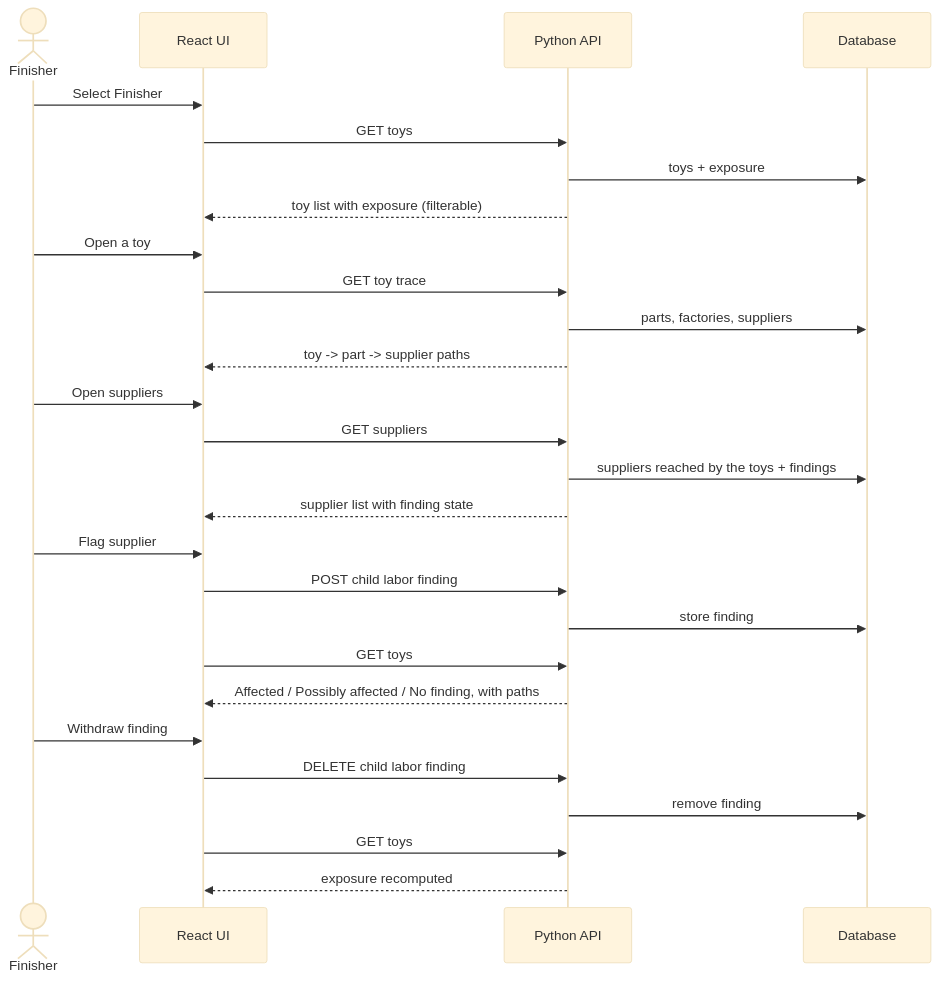
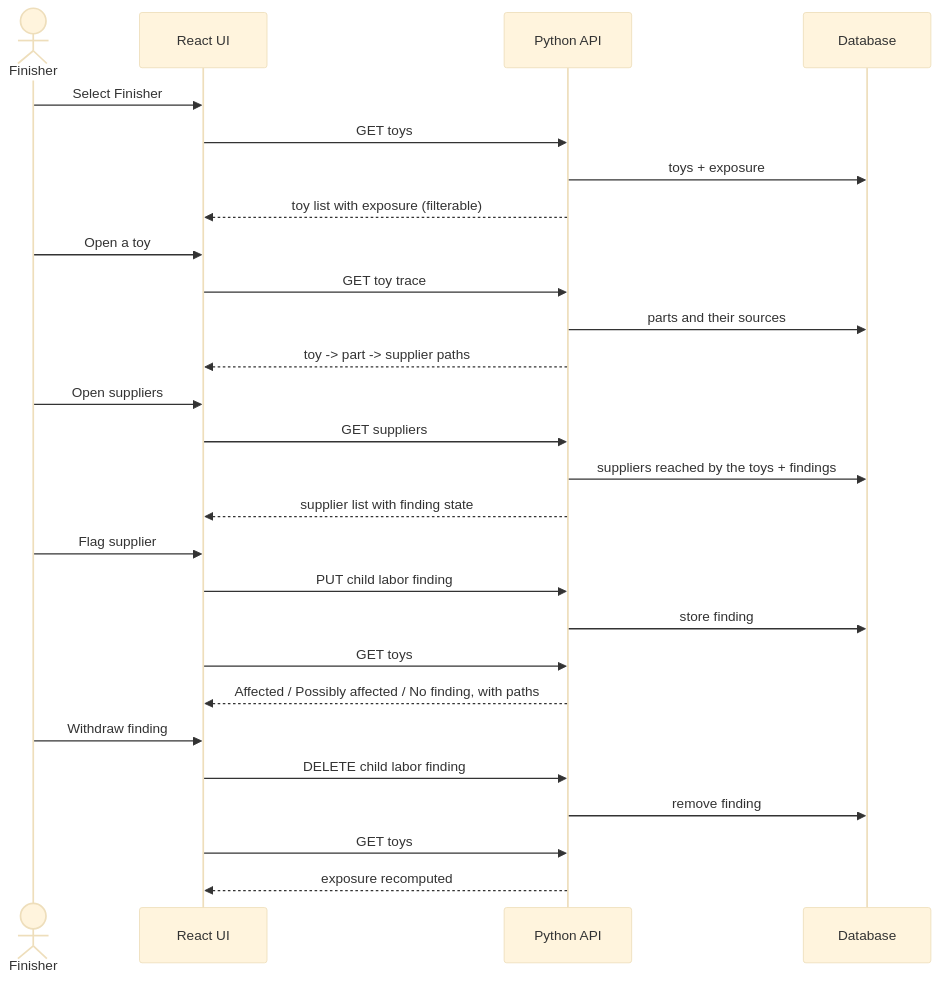
One commit to take-home-tract/FairToy changed the second of 4 diagrams in docs/design.md. Above: the diagram before and after it, drawn with Mermaid (base theme). The commit also changed other lines of this file and 5 other files, not shown here.

````diff
--- a/docs/design.md
+++ b/docs/design.md
@@ -23,34 +23,34 @@
 ```mermaid
 sequenceDiagram
     actor F as Finisher
     participant UI as React UI
     participant API as Python API
     participant DB as Database
 
     F->>UI: Select Finisher
     UI->>API: GET toys
     API->>DB: toys + exposure
     API-->>UI: toy list with exposure (filterable)
 
     F->>UI: Open a toy
     UI->>API: GET toy trace
-    API->>DB: parts, factories, suppliers
+    API->>DB: parts and their sources
     API-->>UI: toy -> part -> supplier paths
 
     F->>UI: Open suppliers
     UI->>API: GET suppliers
     API->>DB: suppliers reached by the toys + findings
     API-->>UI: supplier list with finding state
 
     F->>UI: Flag supplier
-    UI->>API: POST child labor finding
+    UI->>API: PUT child labor finding
     API->>DB: store finding
     UI->>API: GET toys
     API-->>UI: Affected / Possibly affected / No finding, with paths
 
     F->>UI: Withdraw finding
     UI->>API: DELETE child labor finding
     API->>DB: remove finding
     UI->>API: GET toys
     API-->>UI: exposure recomputed
 ```
````
